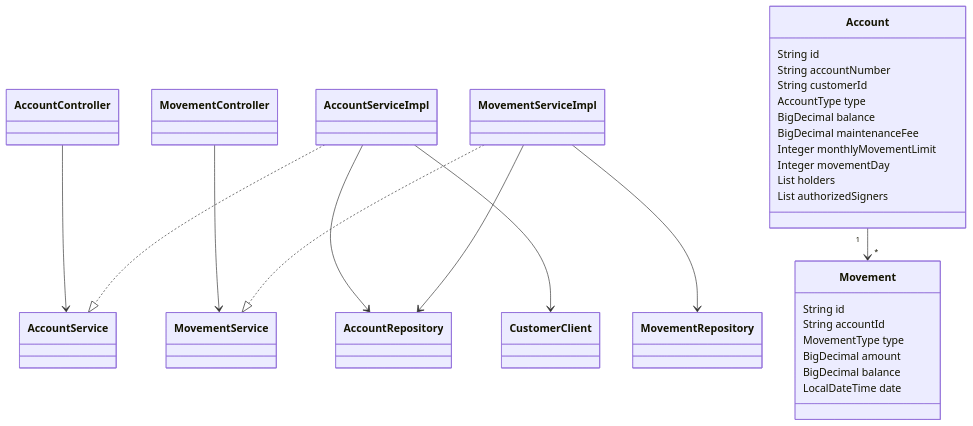
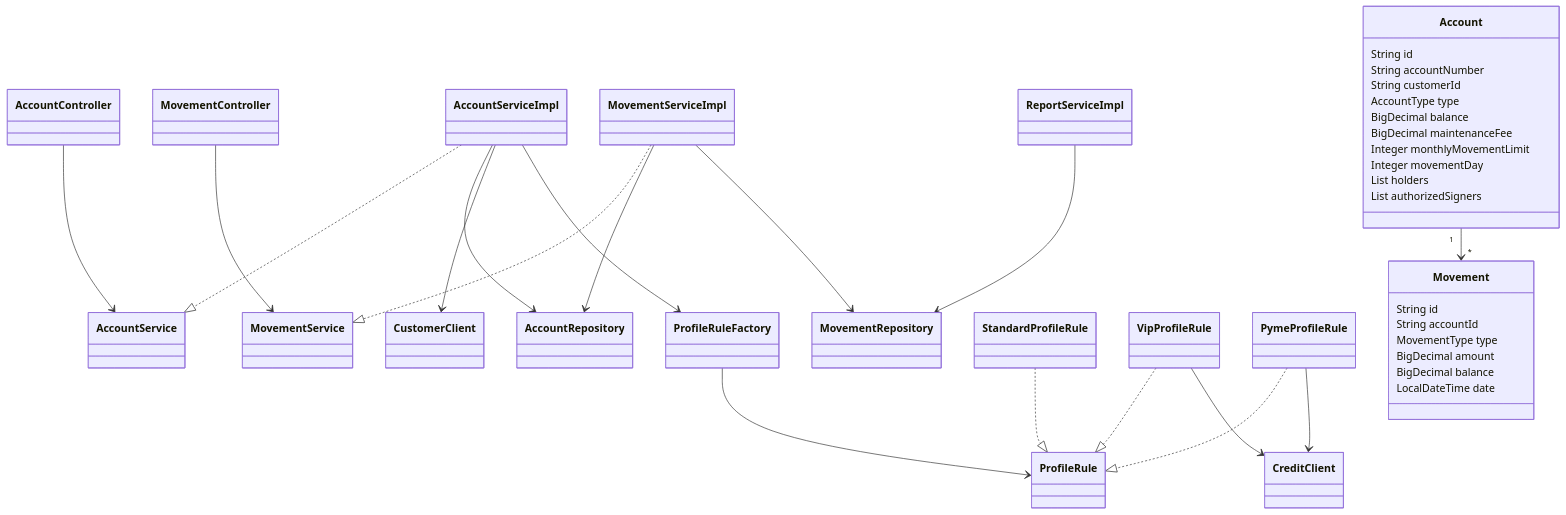
One commit to msalinas-se/account-service changed the first of 4 diagrams in docs/diagrams.md. Above: the diagram before and after it, drawn with Mermaid. The commit also changed other lines of this file and 41 other files, not shown here.

````diff
--- a/docs/diagrams.md
+++ b/docs/diagrams.md
@@ -5,32 +5,40 @@
 ```mermaid
 classDiagram
   AccountController --> AccountService
   MovementController --> MovementService
   AccountServiceImpl ..|> AccountService
   MovementServiceImpl ..|> MovementService
   AccountServiceImpl --> AccountRepository
   AccountServiceImpl --> CustomerClient
   MovementServiceImpl --> AccountRepository
   MovementServiceImpl --> MovementRepository
+  AccountServiceImpl --> ProfileRuleFactory
+  ProfileRuleFactory --> ProfileRule
+  StandardProfileRule ..|> ProfileRule
+  VipProfileRule ..|> ProfileRule
+  PymeProfileRule ..|> ProfileRule
+  VipProfileRule --> CreditClient
+  PymeProfileRule --> CreditClient
+  ReportServiceImpl --> MovementRepository
   Account "1" --> "*" Movement
   class Account {
     String id
     String accountNumber
     String customerId
     AccountType type
     BigDecimal balance
     BigDecimal maintenanceFee
     Integer monthlyMovementLimit
     Integer movementDay
     List holders
     List authorizedSigners
   }
   class Movement {
     String id
     String accountId
     MovementType type
     BigDecimal amount
     BigDecimal balance
     LocalDateTime date
   }
 ```
````
